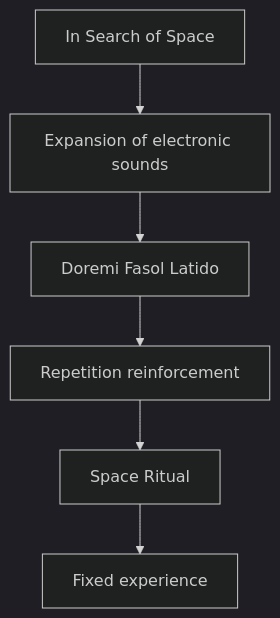
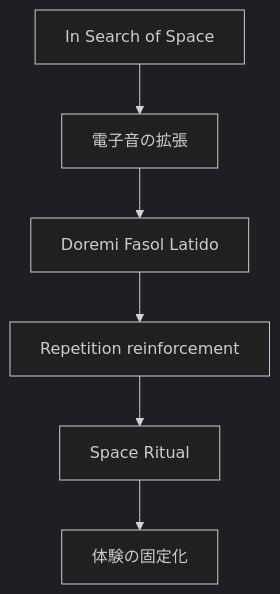
One commit to monumental-movement/monumental-movement.github.io changed the first of 6 diagrams in en/_posts/2026-04-18-column-hawkwind.md. Above: the diagram before and after it, drawn with Mermaid (dark theme). The commit also changed other lines of this file and 2196 other files, not shown here.

```diff
--- a/en/_posts/2026-04-18-column-hawkwind.md
+++ b/en/_posts/2026-04-18-column-hawkwind.md
@@ -68,8 +68,8 @@
 <div class="mermaid">
 graph TD
-A[In Search of Space] --> B[Expansion of electronic sounds]
+A[In Search of Space] --> B[電子音の拡張]
 B --> C[Doremi Fasol Latido]
 C --> D[Repetition reinforcement]
 D --> E[Space Ritual]
-E --> F[Fixed experience]
+E --> F[体験の固定化]
 </div>
```
